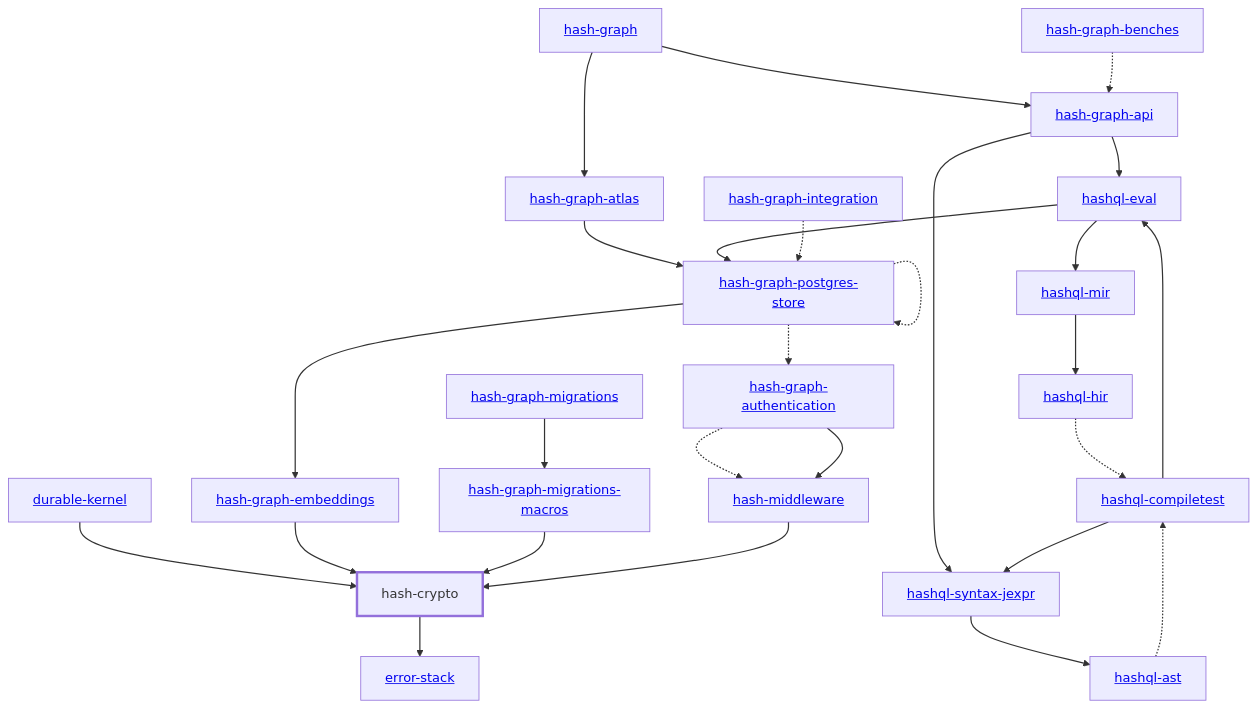
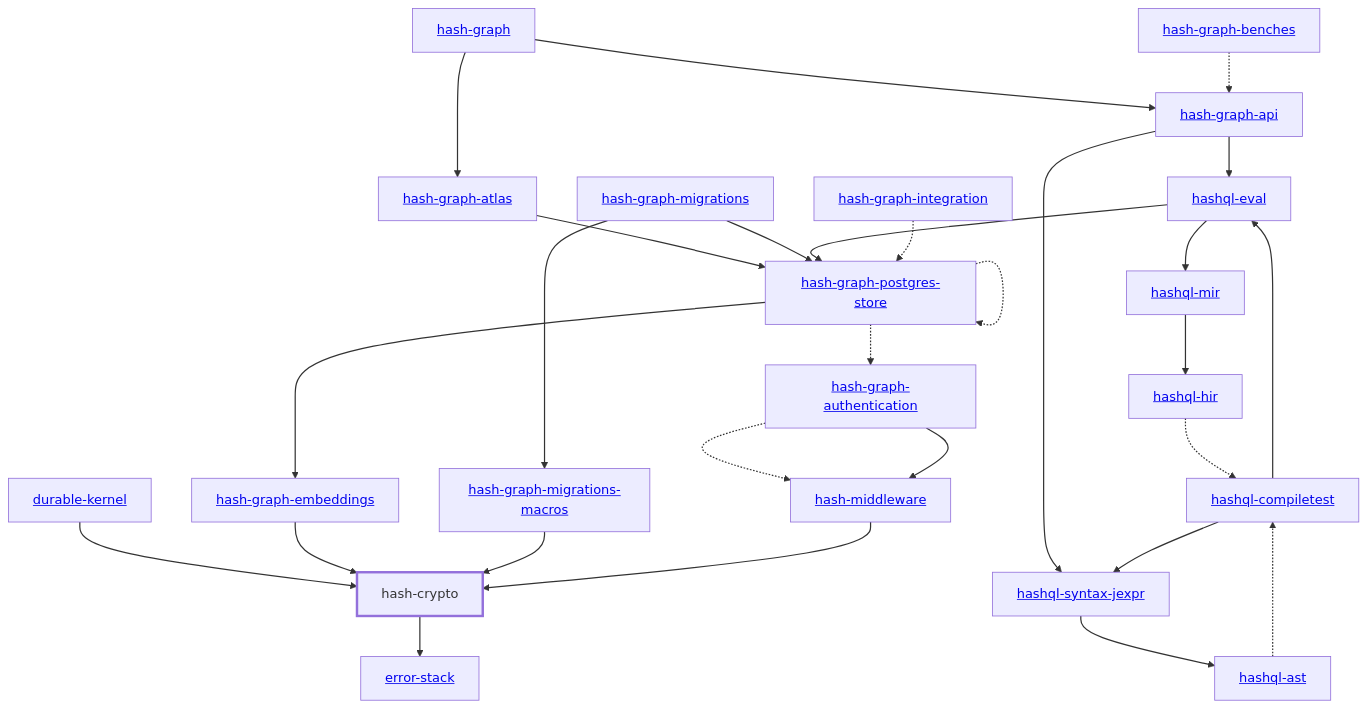
The diagram in libs/@local/crypto/docs/dependency-diagram.mmd (hashintel/hash), drawn with Mermaid before and after one commit. The commit also changed 23 other files, not shown here.

```diff
--- a/libs/@local/crypto/docs/dependency-diagram.mmd
+++ b/libs/@local/crypto/docs/dependency-diagram.mmd
@@ -1,57 +1,58 @@
 graph TD
     linkStyle default stroke-width:1.5px
     classDef default stroke-width:1px
     classDef root stroke-width:3px
     classDef dev stroke-width:1px
     classDef build stroke-width:1px
     %% Legend
     %% --> : Normal dependency
     %% -.-> : Dev dependency
     %% ---> : Build dependency
     0[<a href="../hash_graph/index.html">hash-graph</a>]
     1[hash-crypto]
     class 1 root
     2[<a href="../durable_kernel/index.html">durable-kernel</a>]
     3[<a href="../hash_graph_api/index.html">hash-graph-api</a>]
     4[<a href="../hash_graph_atlas/index.html">hash-graph-atlas</a>]
     5[<a href="../hash_graph_authentication/index.html">hash-graph-authentication</a>]
     6[<a href="../hash_graph_embeddings/index.html">hash-graph-embeddings</a>]
     7[<a href="../hash_graph_migrations/index.html">hash-graph-migrations</a>]
     8[<a href="../hash_graph_migrations_macros/index.html">hash-graph-migrations-macros</a>]
     9[<a href="../hash_graph_postgres_store/index.html">hash-graph-postgres-store</a>]
     10[<a href="../hashql_ast/index.html">hashql-ast</a>]
     11[<a href="../hashql_compiletest/index.html">hashql-compiletest</a>]
     12[<a href="../hashql_eval/index.html">hashql-eval</a>]
     13[<a href="../hashql_hir/index.html">hashql-hir</a>]
     14[<a href="../hashql_mir/index.html">hashql-mir</a>]
     15[<a href="../hashql_syntax_jexpr/index.html">hashql-syntax-jexpr</a>]
     16[<a href="../hash_middleware/index.html">hash-middleware</a>]
     17[<a href="../error_stack/index.html">error-stack</a>]
     18[<a href="../hash_graph_benches/index.html">hash-graph-benches</a>]
     19[<a href="../hash_graph_integration/index.html">hash-graph-integration</a>]
     0 --> 3
     0 --> 4
     1 --> 17
     2 --> 1
     3 --> 12
     3 --> 15
     4 --> 9
     5 -.-> 16
     5 --> 16
     6 --> 1
     7 --> 8
+    7 --> 9
     8 --> 1
     9 -.-> 5
     9 --> 6
     9 -.-> 9
     10 -.-> 11
     11 --> 12
     11 --> 15
     12 --> 9
     12 --> 14
     13 -.-> 11
     14 --> 13
     15 --> 10
     16 --> 1
     18 -.-> 3
     19 -.-> 9
```
